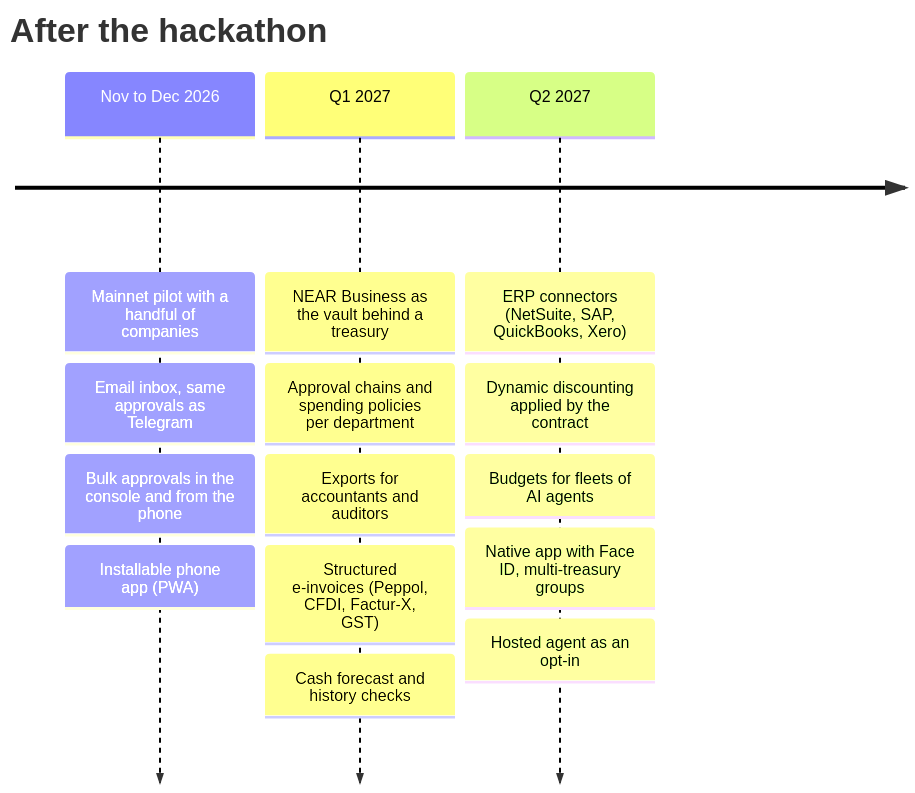
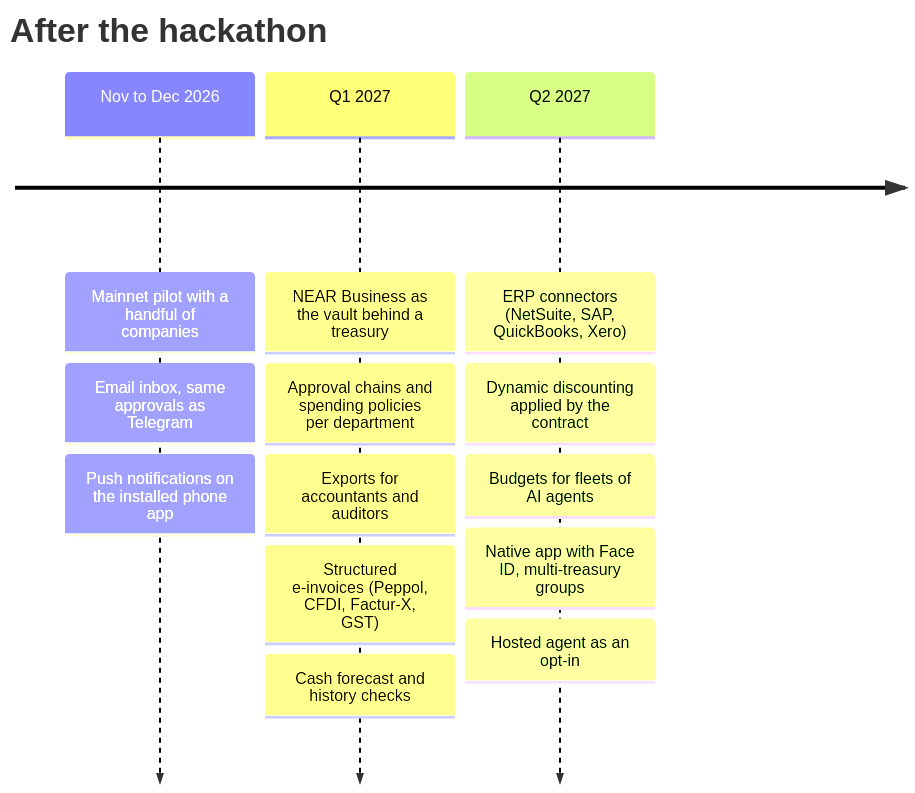
The diagram in ROADMAP.md (DCSteve96/Bursar), drawn with Mermaid before and after one commit. The commit also changed other lines of this file and 4 other files, not shown here.

First line of the commit message:
Fix what the fourth judge run found: tax id note, stale roadmap and audit lines, preview label, login file notice

````diff
--- a/ROADMAP.md
+++ b/ROADMAP.md
@@ -5,18 +5,17 @@
 ```mermaid
 timeline
     title After the hackathon
     Nov to Dec 2026 : Mainnet pilot with a handful of companies
                     : Email inbox, same approvals as Telegram
-                    : Bulk approvals in the console and from the phone
-                    : Installable phone app (PWA)
+                    : Push notifications on the installed phone app
     Q1 2027 : NEAR Business as the vault behind a treasury
             : Approval chains and spending policies per department
             : Exports for accountants and auditors
             : Structured e-invoices (Peppol, CFDI, Factur-X, GST)
             : Cash forecast and history checks
     Q2 2027 : ERP connectors (NetSuite, SAP, QuickBooks, Xero)
             : Dynamic discounting applied by the contract
             : Budgets for fleets of AI agents
             : Native app with Face ID, multi-treasury groups
             : Hosted agent as an opt-in
 ```
````
